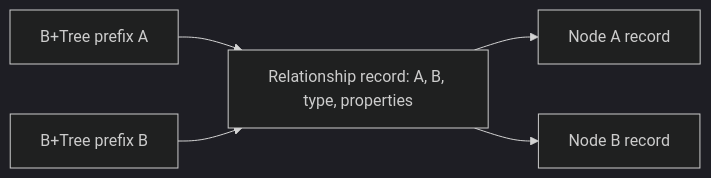
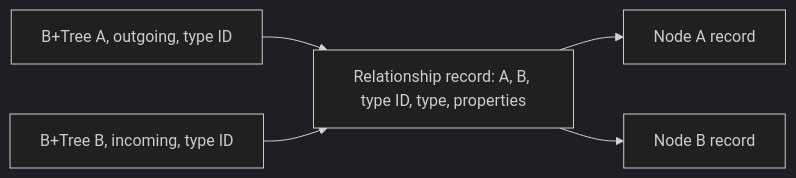
Before and after one commit to assimalign/cohesion-docs: the diagram in docs/dotnet-apis/resources/database/assimalign-cohesion-database-graph-storage/design.md, drawn with Mermaid (dark theme). The commit also changed other lines of this file and 36 other files, not shown here.

First line of the commit message:
docs(database): pre-T2 wave 1 — graph adjacency, lazy journal enrollment, SQL DML seeks, journal hot paths (#6)

````diff
--- a/docs/dotnet-apis/resources/database/assimalign-cohesion-database-graph-storage/design.md
+++ b/docs/dotnet-apis/resources/database/assimalign-cohesion-database-graph-storage/design.md
@@ -37,7 +38,7 @@
 ```mermaid
 flowchart LR
-    X["B+Tree prefix A"] --> R["Relationship record: A, B, type, properties"]
-    Y["B+Tree prefix B"] --> R
+    X["B+Tree A, outgoing, type ID"] --> R["Relationship record: A, B, type ID, type, properties"]
+    Y["B+Tree B, incoming, type ID"] --> R
     R --> A["Node A record"]
     R --> B["Node B record"]
 ```
````
